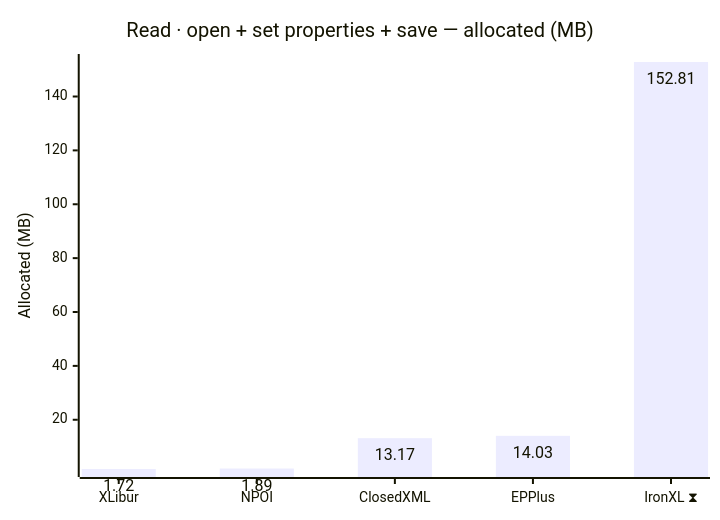
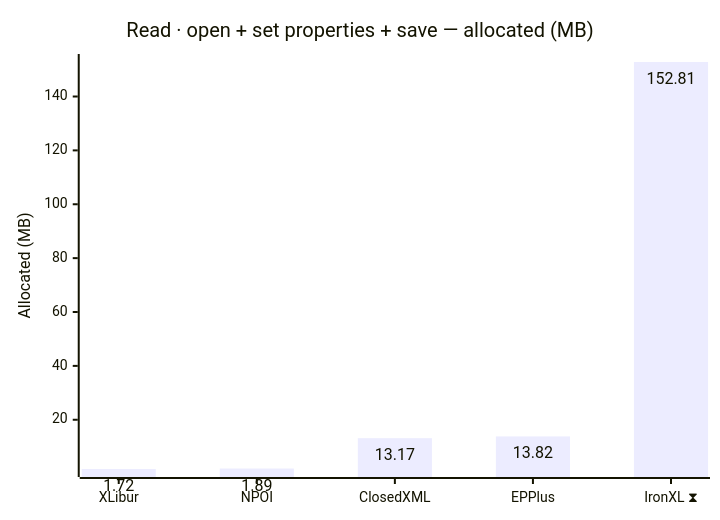
The second of 12 diagrams in docs/results-ci.md (jafin/XLBench), drawn with Mermaid before and after one commit. The commit also changed other lines of this file, not shown here.

````diff
--- a/docs/results-ci.md
+++ b/docs/results-ci.md
@@ -54,12 +54,12 @@
 ```mermaid
 ---
 config:
   xyChart:
     showDataLabel: true
 ---
 xychart-beta
     title "Read · open + set properties + save — allocated (MB)"
     x-axis ["XLibur", "NPOI", "ClosedXML", "EPPlus", "IronXL ⧗"]
     y-axis "Allocated (MB)"
-    bar [1.72, 1.89, 13.17, 14.03, 152.81]
+    bar [1.72, 1.89, 13.17, 13.82, 152.81]
 ```
````
